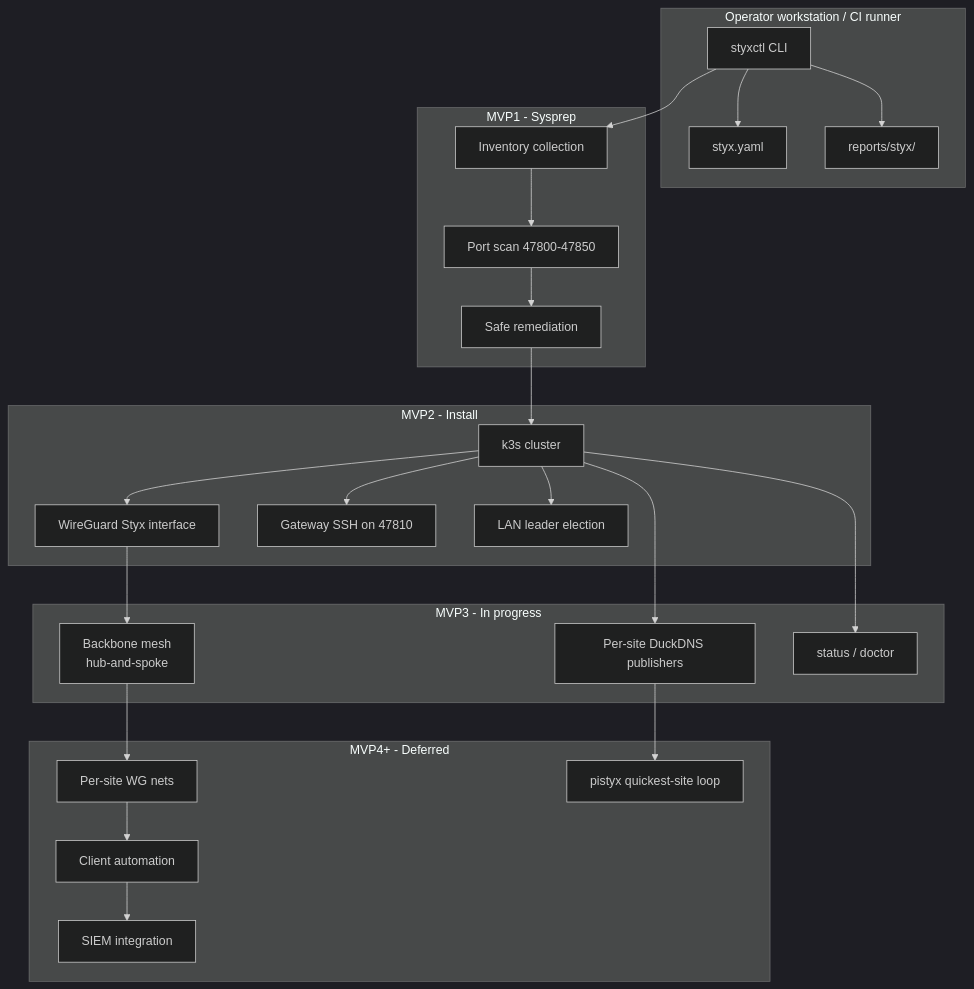
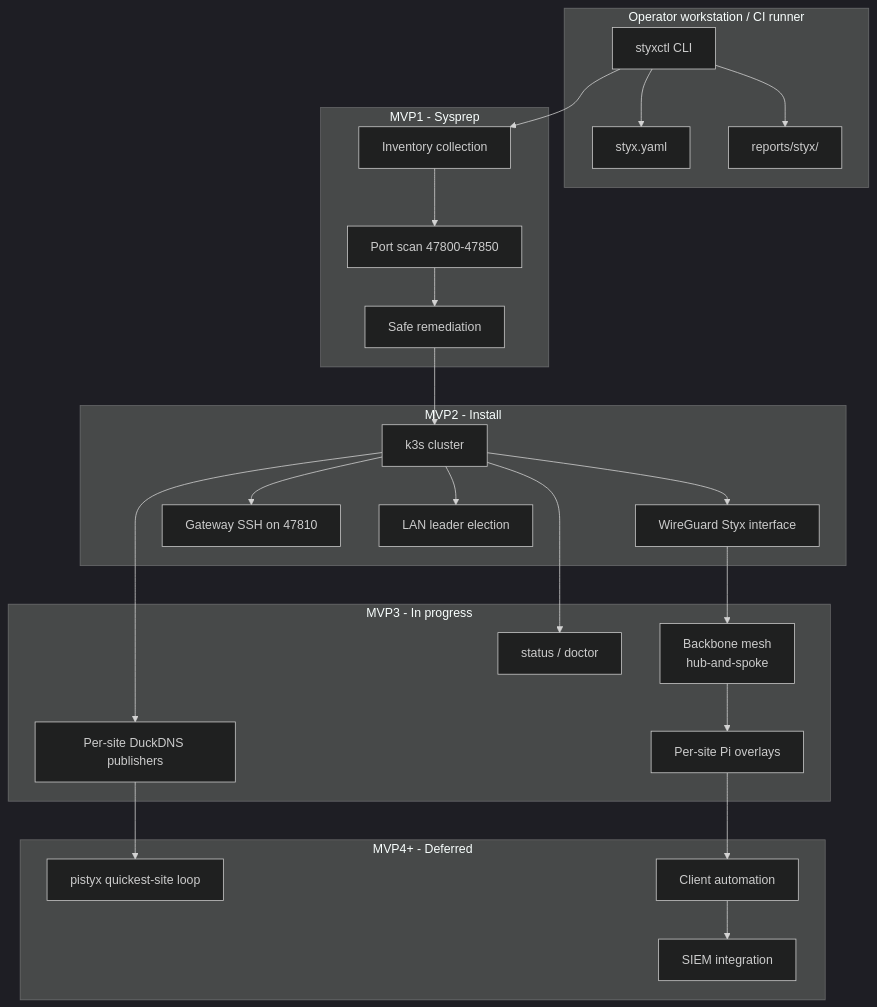
One commit to BradyWill42/styx changed the diagram in README.md. Above: the diagram before and after it, drawn with Mermaid (dark theme). The commit also changed other lines of this file and 8 other files, not shown here.

Commit message:
Add per-site Pi WireGuard overlays

````diff
--- a/README.md
+++ b/README.md
@@ -55,50 +55,50 @@
 ```mermaid
 flowchart TB
     subgraph operator["Operator workstation / CI runner"]
         CLI["styxctl CLI"]
         CFG["styx.yaml"]
         RPT["reports/styx/"]
     end
 
     subgraph mvp1["MVP1 - Sysprep"]
         INV["Inventory collection"]
         PORTS["Port scan 47800-47850"]
         SAFE["Safe remediation"]
     end
 
     subgraph mvp2["MVP2 - Install"]
         K3S["k3s cluster"]
         WG["WireGuard Styx interface"]
         SSH["Gateway SSH on 47810"]
         LAN["LAN leader election"]
     end
 
     subgraph mvp3["MVP3 - In progress"]
         MESH["Backbone mesh\nhub-and-spoke"]
+        SITEWG["Per-site Pi overlays"]
         DNS["Per-site DuckDNS publishers"]
         HEALTH["status / doctor"]
     end
 
     subgraph future["MVP4+ - Deferred"]
-        SITEWG["Per-site WG nets"]
         PISTYX["pistyx quickest-site loop"]
         CLIENT["Client automation"]
         SIEM["SIEM integration"]
     end
 
     CLI --> CFG
     CLI --> INV --> PORTS
     PORTS --> SAFE
     SAFE --> K3S
     K3S --> SSH
     K3S --> LAN
     K3S --> WG
     WG --> MESH
     K3S --> DNS
     K3S --> HEALTH
     CLI --> RPT
     MESH --> SITEWG
     DNS --> PISTYX
     SITEWG --> CLIENT
     CLIENT --> SIEM
 ```
````
